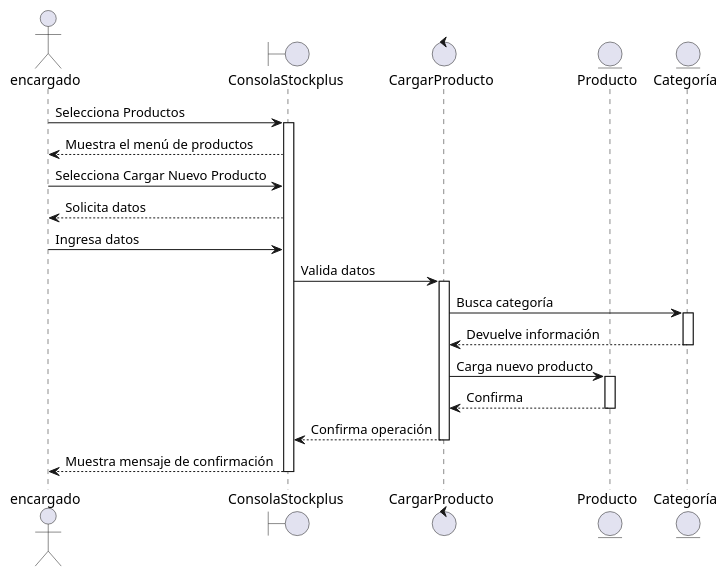
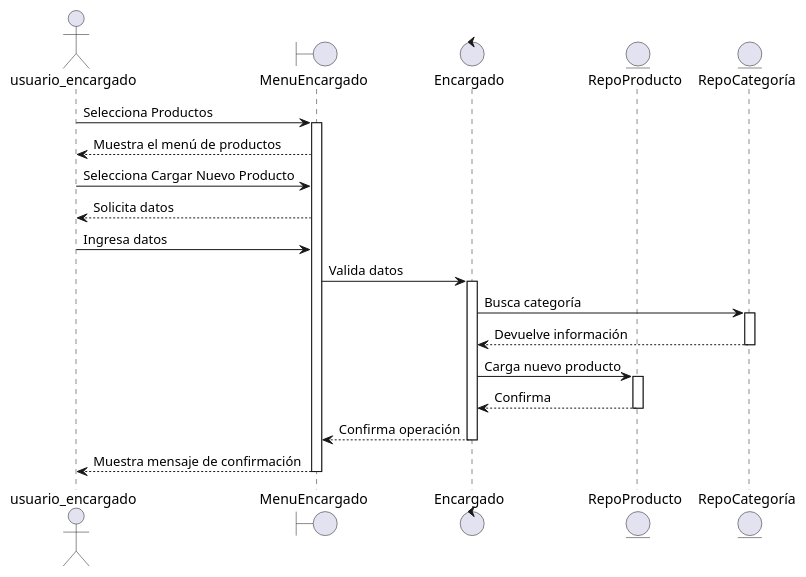
The diagram in src/docs/use_cases/cargar_producto.puml (Fiordalisi/stockplus), drawn with PlantUML before and after one commit. The commit also changed 7 other files, not shown here.

Commit message:
update diagrams

```diff
--- a/src/docs/use_cases/cargar_producto.puml
+++ b/src/docs/use_cases/cargar_producto.puml
@@ -1,27 +1,27 @@
 @startuml
-actor encargado
-boundary ConsolaStockplus
-control CargarProducto
-entity Producto
-entity Categoría
-encargado -> ConsolaStockplus: Selecciona Productos
-activate ConsolaStockplus
-ConsolaStockplus --> encargado: Muestra el menú de productos
-encargado -> ConsolaStockplus: Selecciona Cargar Nuevo Producto
-ConsolaStockplus --> encargado: Solicita datos
-encargado -> ConsolaStockplus: Ingresa datos
-ConsolaStockplus -> CargarProducto: Valida datos
-activate CargarProducto
-CargarProducto -> Categoría: Busca categoría
-activate Categoría
-Categoría --> CargarProducto: Devuelve información
-deactivate Categoría
-CargarProducto -> Producto: Carga nuevo producto
-activate Producto
-Producto --> CargarProducto: Confirma
-deactivate Producto
-CargarProducto --> ConsolaStockplus: Confirma operación
-deactivate CargarProducto
-ConsolaStockplus --> encargado: Muestra mensaje de confirmación
-deactivate ConsolaStockplus
+actor usuario_encargado
+boundary MenuEncargado
+control Encargado
+entity RepoProducto
+entity RepoCategoría
+usuario_encargado -> MenuEncargado: Selecciona Productos
+activate MenuEncargado
+MenuEncargado --> usuario_encargado: Muestra el menú de productos
+usuario_encargado -> MenuEncargado: Selecciona Cargar Nuevo Producto
+MenuEncargado --> usuario_encargado: Solicita datos
+usuario_encargado -> MenuEncargado: Ingresa datos
+MenuEncargado -> Encargado: Valida datos
+activate Encargado
+Encargado -> RepoCategoría: Busca categoría
+activate RepoCategoría
+RepoCategoría --> Encargado: Devuelve información
+deactivate RepoCategoría
+Encargado -> RepoProducto: Carga nuevo producto
+activate RepoProducto
+RepoProducto --> Encargado: Confirma
+deactivate RepoProducto
+Encargado --> MenuEncargado: Confirma operación
+deactivate Encargado
+MenuEncargado --> usuario_encargado: Muestra mensaje de confirmación
+deactivate MenuEncargado
 @enduml
```
